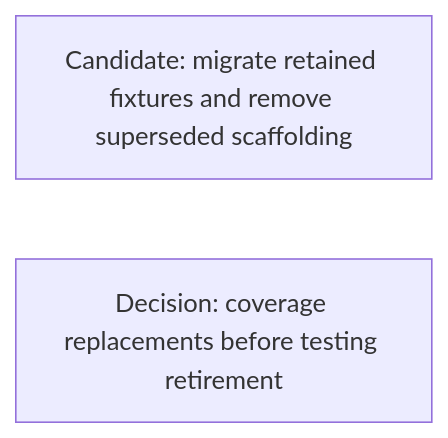
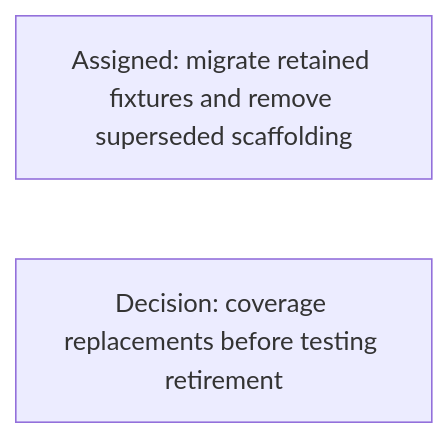
Before and after one commit to agentydragon/ducktape: the eighth of 15 diagrams in agentplane/plans/task_dag.md, drawn with Mermaid. The commit also changed other lines of this file, not shown here.

````diff
--- a/agentplane/plans/task_dag.md
+++ b/agentplane/plans/task_dag.md
@@ -549,5 +551,5 @@
 ```mermaid
 flowchart LR
-    ISOLATED_TEST_SPIKES_RETIRE[Candidate: migrate retained fixtures and remove superseded scaffolding]
+    ISOLATED_TEST_SPIKES_RETIRE[Assigned: migrate retained fixtures and remove superseded scaffolding]
     TESTING_ENVIRONMENT_RETIRE[Decision: coverage replacements before testing retirement]
 ```
````
